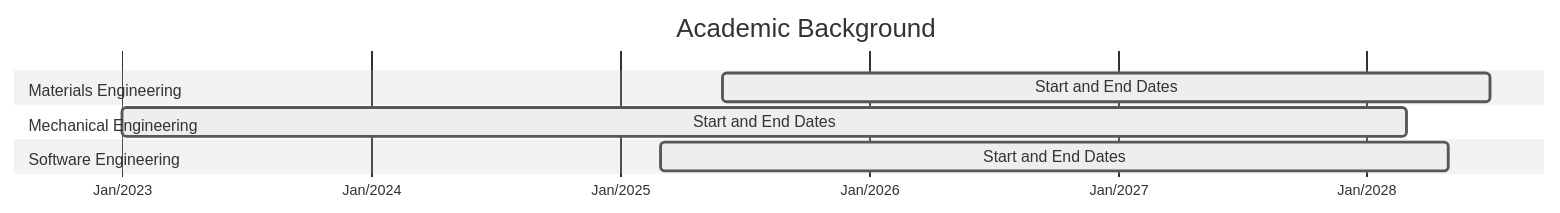
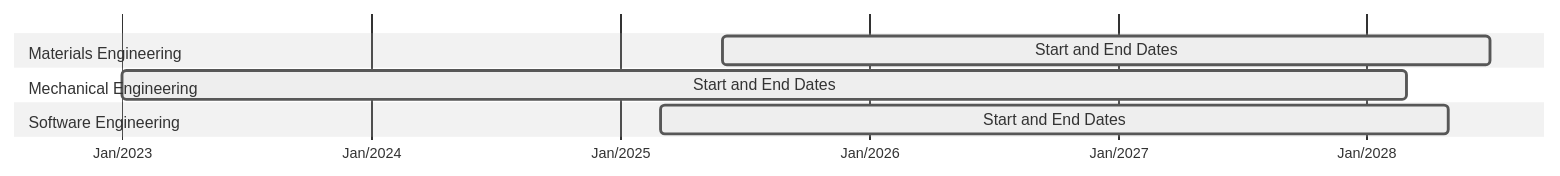
Before and after one commit to delblerferreira/delblerferreira: the first of 3 diagrams in README.md, drawn with Mermaid (neutral theme).

````diff
--- a/README.md
+++ b/README.md
@@ -44,15 +44,14 @@
 ```mermaid
 gantt
-     title Academic Background
     dateFormat  YYYY-MM-DD
     axisFormat  %b/%Y
 
     section Materials Engineering
     Start and End Dates       :active, materials, 2025-06-01, 2028-06-30
 
     section Mechanical Engineering
     Start and End Dates       :active, mechanical, 2023-01-01, 2028-02-28
 
     section Software Engineering
     Start and End Dates       :active, software, 2025-03-01, 2028-04-30
 ```
````
